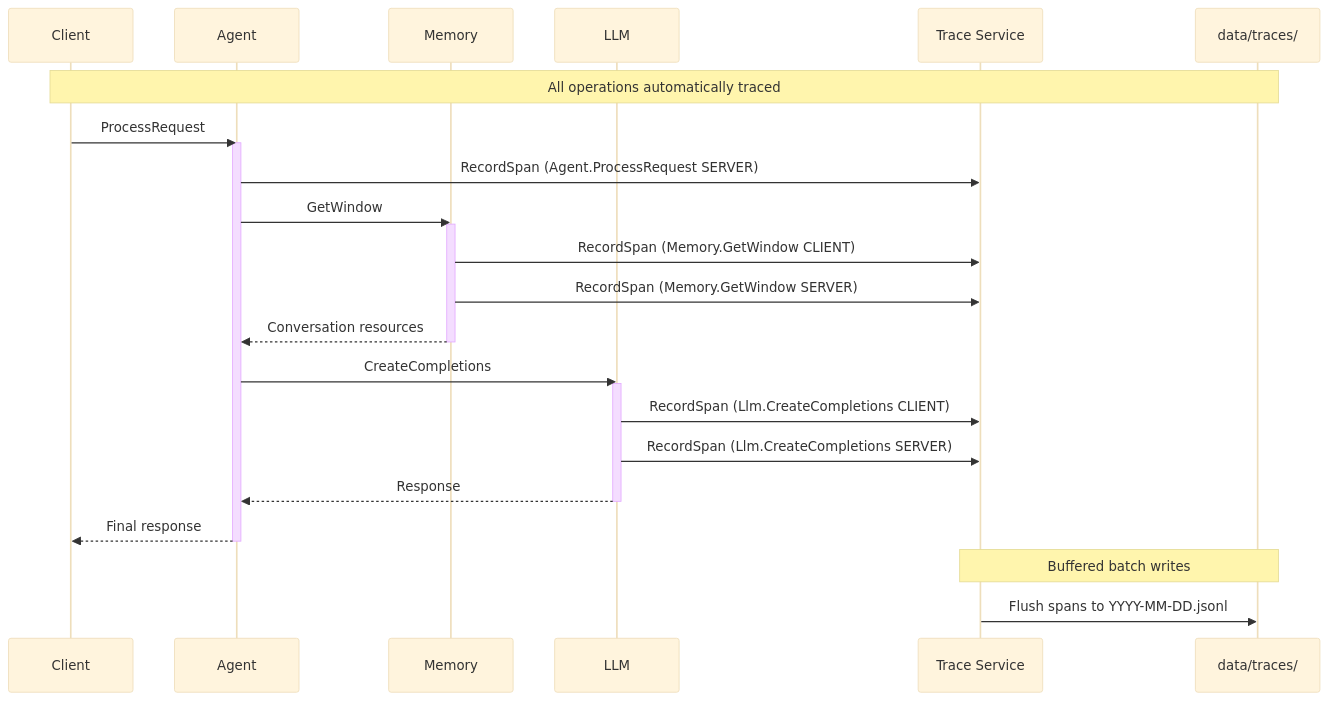
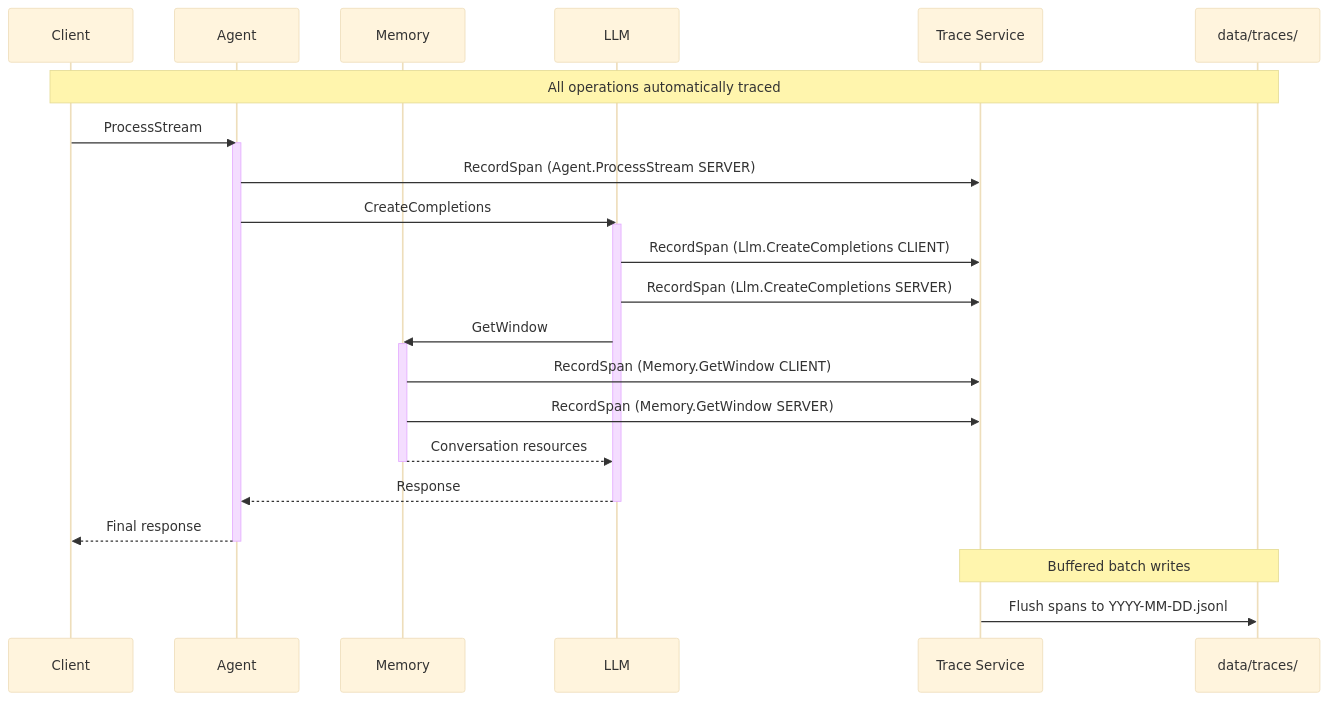
Before and after one commit to copilot-ld/copilot-ld: the third of 3 diagrams in docs/architecture.md, drawn with Mermaid (base theme). The commit also changed other lines of this file and 130 other files, not shown here.

Commit message:
Cleaner protobuf data architecture, streaming responses and chain of thought

````diff
--- a/docs/architecture.md
+++ b/docs/architecture.md
@@ -315,35 +315,36 @@
 ```mermaid
 sequenceDiagram
     participant Client
     participant Agent
     participant Memory
     participant LLM
     participant Trace as Trace Service
     participant Storage as data/traces/
 
     Note over Client,Storage: All operations automatically traced
 
-    Client->>Agent: ProcessRequest
+    Client->>Agent: ProcessStream
     activate Agent
-    Agent->>Trace: RecordSpan (Agent.ProcessRequest SERVER)
-
-    Agent->>Memory: GetWindow
-    activate Memory
-    Memory->>Trace: RecordSpan (Memory.GetWindow CLIENT)
-    Memory->>Trace: RecordSpan (Memory.GetWindow SERVER)
-    Memory-->>Agent: Conversation resources
-    deactivate Memory
+    Agent->>Trace: RecordSpan (Agent.ProcessStream SERVER)
 
     Agent->>LLM: CreateCompletions
     activate LLM
     LLM->>Trace: RecordSpan (Llm.CreateCompletions CLIENT)
     LLM->>Trace: RecordSpan (Llm.CreateCompletions SERVER)
+
+    LLM->>Memory: GetWindow
+    activate Memory
+    Memory->>Trace: RecordSpan (Memory.GetWindow CLIENT)
+    Memory->>Trace: RecordSpan (Memory.GetWindow SERVER)
+    Memory-->>LLM: Conversation resources
+    deactivate Memory
+
     LLM-->>Agent: Response
     deactivate LLM
 
     Agent-->>Client: Final response
     deactivate Agent
 
     Note over Trace,Storage: Buffered batch writes
     Trace->>Storage: Flush spans to YYYY-MM-DD.jsonl
 ```
````
